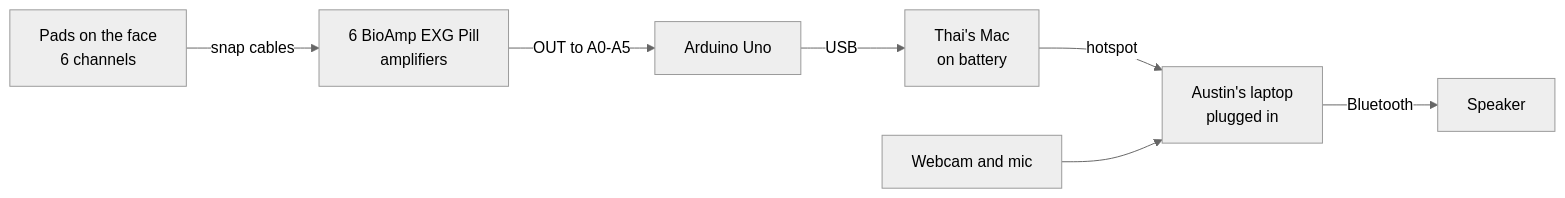
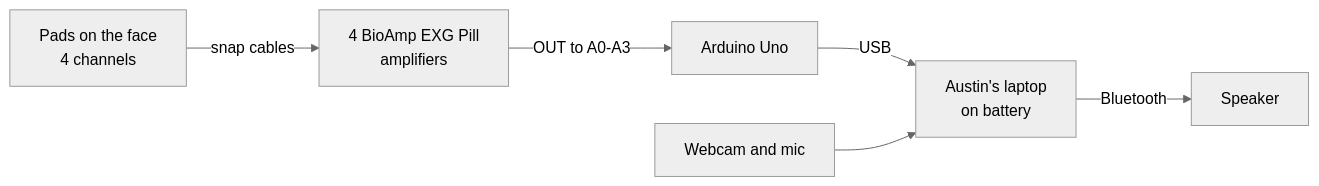
One commit to thaimtl/Reclaim changed the first of 2 diagrams in HARDWARE.md. Above: the diagram before and after it, drawn with Mermaid (neutral theme). The commit also changed other lines of this file and 12 other files, not shown here.

````diff
--- a/HARDWARE.md
+++ b/HARDWARE.md
@@ -5,9 +5,8 @@
 ```mermaid
 flowchart LR
-    P[Pads on the face<br/>6 channels] -->|snap cables| A[6 BioAmp EXG Pill<br/>amplifiers]
-    A -->|OUT to A0-A5| U[Arduino Uno]
-    U -->|USB| M[Thai's Mac<br/>on battery]
-    M -->|hotspot| L[Austin's laptop<br/>plugged in]
+    P[Pads on the face<br/>4 channels] -->|snap cables| A[4 BioAmp EXG Pill<br/>amplifiers]
+    A -->|OUT to A0-A3| U[Arduino Uno]
+    U -->|USB| L[Austin's laptop<br/>on battery]
     W[Webcam and mic] --> L
     L -->|Bluetooth| S[Speaker]
 ```
````
